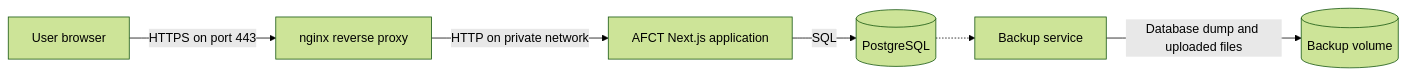
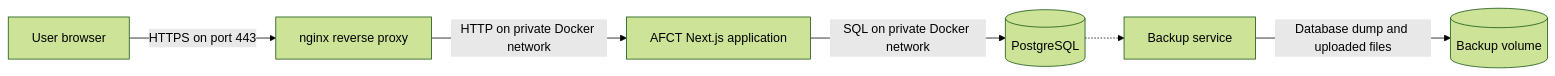
Before and after one commit to PennStateCS/AFCT: the first of 3 diagrams in docs-site/docs/reference/deployment-architecture.md, drawn with Mermaid (forest theme). The commit also changed other lines of this file and 5 other files, not shown here.

````diff
--- a/docs-site/docs/reference/deployment-architecture.md
+++ b/docs-site/docs/reference/deployment-architecture.md
@@ -5,9 +5,9 @@
 ```mermaid
 graph LR
     User[User browser]
     User -->|HTTPS on port 443| Nginx[nginx reverse proxy]
-    Nginx -->|HTTP on private network| App[AFCT Next.js application]
-    App -->|SQL| DB[(PostgreSQL)]
+    Nginx -->|HTTP on private Docker network| App[AFCT Next.js application]
+    App -->|SQL on private Docker network| DB[(PostgreSQL)]
     DB -.-> Backup[Backup service]
     Backup -->|Database dump and uploaded files| Vol[(Backup volume)]
 ```
````
